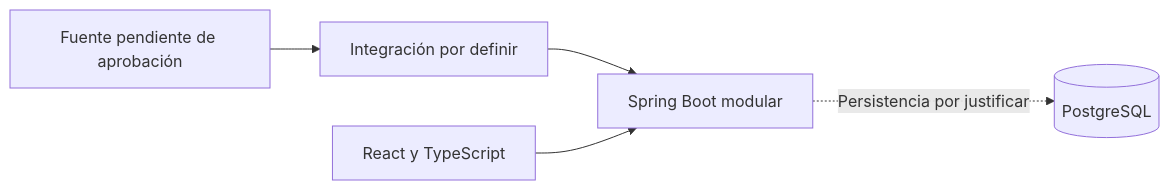
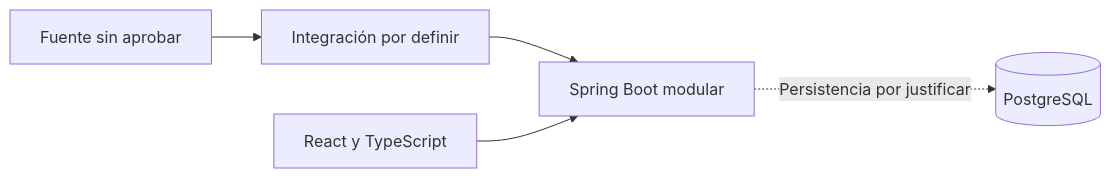
One commit to DiegoGSUJA/boxscore changed the diagram in docs/PROYECTO_CONTEXTO.md. Above: the diagram before and after it, drawn with Mermaid. The commit also changed other lines of this file and 3 other files, not shown here.

````diff
--- a/docs/PROYECTO_CONTEXTO.md
+++ b/docs/PROYECTO_CONTEXTO.md
@@ -129,7 +96,7 @@
 ```mermaid
 flowchart LR
-    F[Fuente pendiente de aprobación] --> I[Integración por definir]
+    F[Fuente sin aprobar] --> I[Integración por definir]
     I --> B[Spring Boot modular]
     W[React y TypeScript] --> B
     B -. Persistencia por justificar .-> P[(PostgreSQL)]
 ```
````
